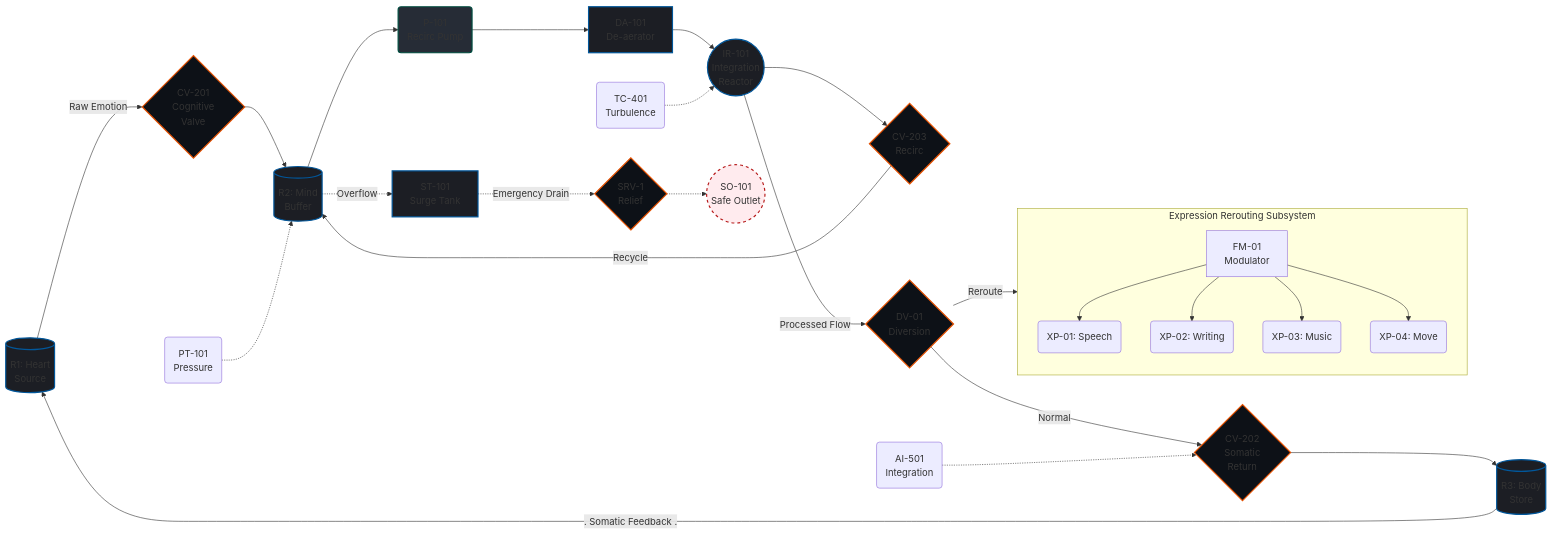
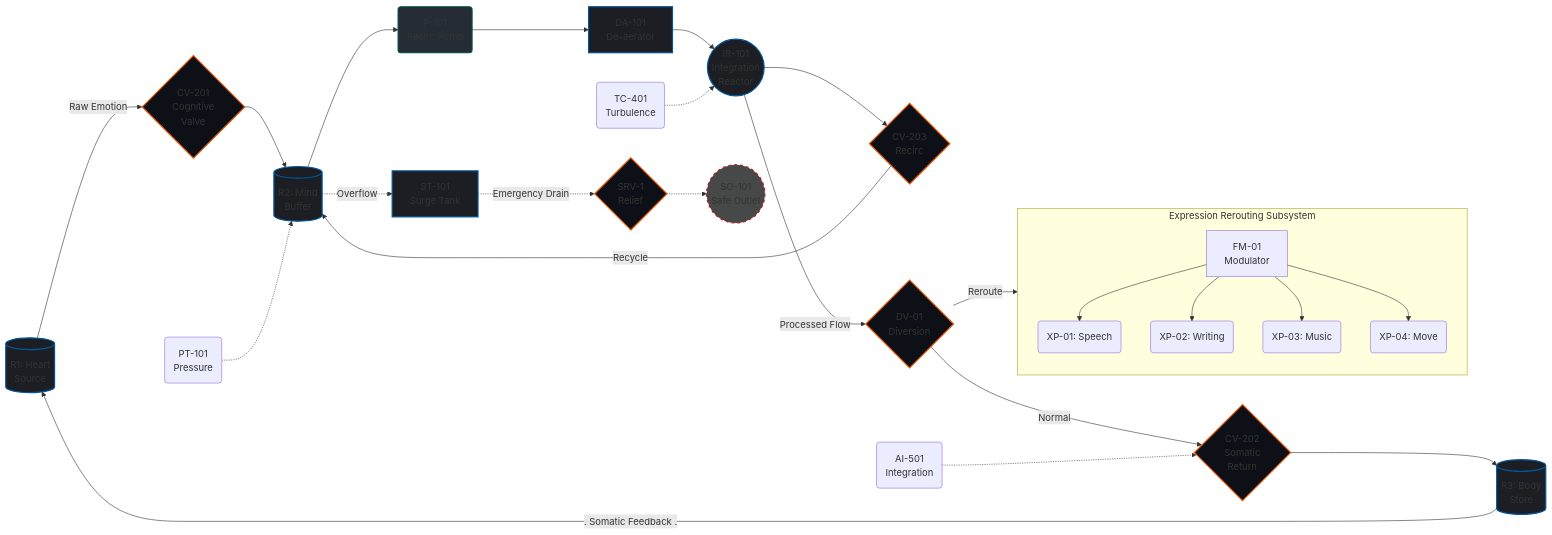
Before and after one commit to vytyls/vytyls-initiative: the diagram in VCRI/EFP-01/assets/efp-diagram.md, drawn with Mermaid.

````diff
--- a/VCRI/EFP-01/assets/efp-diagram.md
+++ b/VCRI/EFP-01/assets/efp-diagram.md
@@ -1,70 +1,70 @@
 ```mermaid
 graph LR
     %% --- Styles ---
     classDef vessel fill:#1c1e24,stroke:#01579b,stroke-width:2px;
     classDef pump fill:#262c36,stroke:#004d40,stroke-width:2px;
     classDef valve fill:#0d1117,stroke:#e65100,stroke-width:2px,shape:diamo;
     classDef instrument fill:#f3e5f5,stroke:#4a148c,stroke-width:1px,stroke-dasharray: 5 5;
-    classDef outlet fill:#ffebee,stroke:#b71c1c,stroke-width:2px,stroke-dasharray: 5 5;
+    classDef outlet fill:#474949,stroke:#b71c1c,stroke-width:2px,stroke-dasharray: 5 5;
 
     %% --- Main Reservoirs ---
     R1[(R1: Heart<br>Source)]:::vessel
     R2[(R2: Mind<br>Buffer)]:::vessel
     R3[(R3: Body<br>Store)]:::vessel
 
     %% --- Primary Processing Loop ---
     IR101((IR-101<br>Integration<br>Reactor)):::vessel
     P101(P-101<br>Recirc Pump):::pump
     DA101[DA-101<br>De-aerator]:::vessel
     ST101[ST-101<br>Surge Tank]:::vessel
 
     %% --- Valves & Regulators ---
     CV201{CV-201<br>Cognitive<br>Valve}:::valve
     CV202{CV-202<br>Somatic<br>Return}:::valve
     CV203{CV-203<br>Recirc}:::valve
     DV01{DV-01<br>Diversion}:::valve
     SRV1{SRV-1<br>Relief}:::valve
 
     %% --- Expression Rerouting Subsystem (ERS) ---
     subgraph ERS [Expression Rerouting Subsystem]
         direction TB
         FM01[FM-01<br>Modulator]
         XP1(XP-01: Speech)
         XP2(XP-02: Writing)
         XP3(XP-03: Music)
         XP4(XP-04: Move)
     end
 
     %% --- Connections ---
     
     %% Input Flow
     R1 -->|Raw Emotion| CV201
     CV201 --> R2
     
     %% Main Processing Loop
     R2 --> P101
     P101 --> DA101
     DA101 --> IR101
     IR101 -->|Processed Flow| DV01
     
     %% Diversion / Expression Logic
     DV01 -->|Normal| CV202
     DV01 -->|Reroute| FM01
     FM01 --> XP1 & XP2 & XP3 & XP4
     
     %% Recirculation & Return
     CV202 --> R3
     R3 -->|. Somatic Feedback .| R1
     IR101 --> CV203
     CV203 -->|Recycle| R2
     
     %% Safety & Surge
     R2 -.->|Overflow| ST101
     ST101 -.->|Emergency Drain| SRV1
     SRV1 -.-> SO101((SO-101<br>Safe Outlet)):::outlet
 
     %% --- Instruments (Visual placement) ---
     PT101(PT-101<br>Pressure) -.-> R2
     TC401(TC-401<br>Turbulence) -.-> IR101
     AI501(AI-501<br>Integration) -.-> CV202
 ```
````
